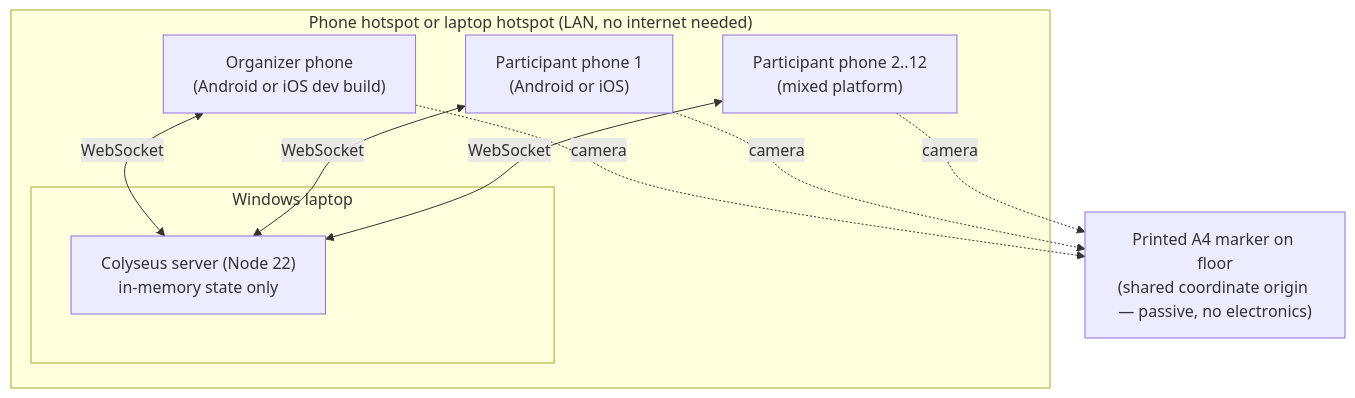
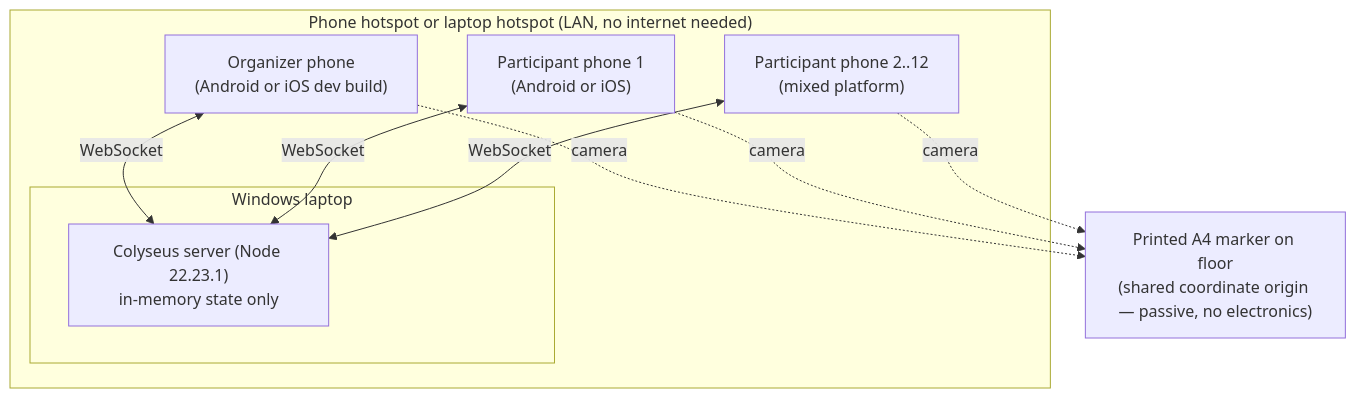
The first of 9 diagrams in ARCHITECTURE.md (Vaibtan/CodexWars), drawn with Mermaid before and after one commit. The commit also changed other lines of this file and 14 other files, not shown here.

Commit message:
docs: harden P0 architecture and align scaffold

````diff
--- a/ARCHITECTURE.md
+++ b/ARCHITECTURE.md
@@ -27,18 +27,18 @@
 ```mermaid
 flowchart TB
     subgraph HOTSPOT["Phone hotspot or laptop hotspot (LAN, no internet needed)"]
         subgraph LAPTOP["Windows laptop"]
-            SRV["Colyseus server (Node 22)<br/>in-memory state only"]
+            SRV["Colyseus server (Node 22.23.1)<br/>in-memory state only"]
         end
         P1["Organizer phone<br/>(Android or iOS dev build)"]
         P2["Participant phone 1<br/>(Android or iOS)"]
         P3["Participant phone 2..12<br/>(mixed platform)"]
     end
     MARKER["Printed A4 marker on floor<br/>(shared coordinate origin — passive, no electronics)"]
     P1 <-->|WebSocket| SRV
     P2 <-->|WebSocket| SRV
     P3 <-->|WebSocket| SRV
     P1 -.camera.-> MARKER
     P2 -.camera.-> MARKER
     P3 -.camera.-> MARKER
 ```
````
